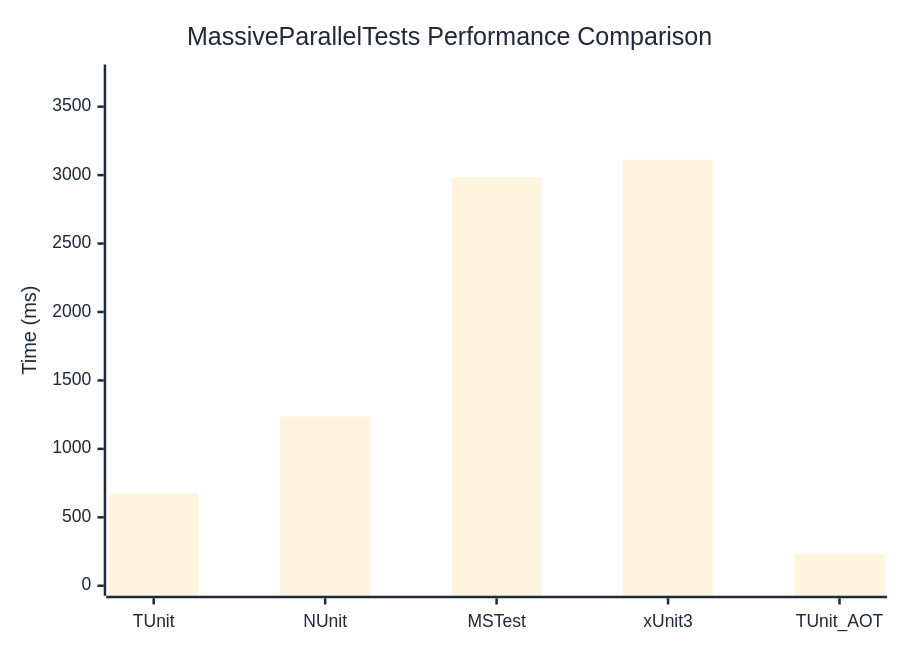
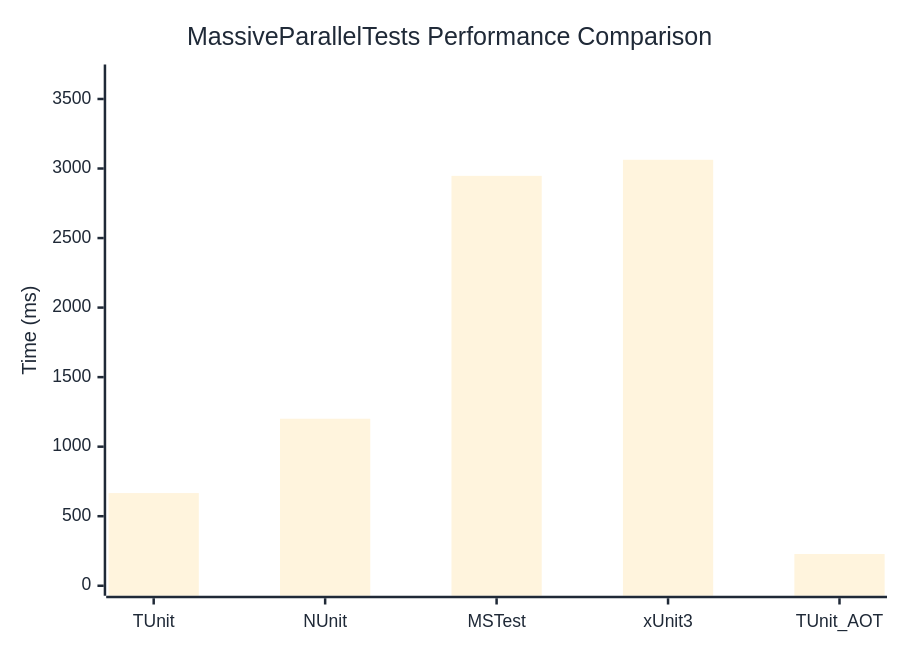
Before and after one commit to weiyilai/TUnit: the diagram in docs/docs/benchmarks/MassiveParallelTests.md, drawn with Mermaid. The commit also changed other lines of this file and 17 other files, not shown here.

````diff
--- a/docs/docs/benchmarks/MassiveParallelTests.md
+++ b/docs/docs/benchmarks/MassiveParallelTests.md
@@ -27,37 +27,37 @@
 ```mermaid
 %%{init: {
   'theme':'base',
   'themeVariables': {
     'primaryColor': '#2563eb',
     'primaryTextColor': '#1f2937',
     'primaryBorderColor': '#1e40af',
     'lineColor': '#6b7280',
     'secondaryColor': '#7c3aed',
     'tertiaryColor': '#dc2626',
     'background': '#ffffff',
     'mainBkg': '#2563eb',
     'secondBkg': '#7c3aed',
     'tertiaryBkg': '#dc2626',
     'clusterBkg': '#f3f4f6',
     'edgeLabelBackground': '#ffffff',
     'tertiaryTextColor': '#1f2937',
     'pie1': '#2563eb',
     'pie2': '#7c3aed',
     'pie3': '#dc2626',
     'pie4': '#f59e0b',
     'pie5': '#10b981',
     'pie6': '#06b6d4',
     'pie7': '#ec4899',
     'pie8': '#6366f1',
     'pie9': '#84cc16',
     'pie10': '#f97316',
     'pie11': '#14b8a6',
     'pie12': '#a855f7'
   }
 }}%%
 xychart-beta
   title "MassiveParallelTests Performance Comparison"
   x-axis ["TUnit", "NUnit", "MSTest", "xUnit3", "TUnit_AOT"]
-  y-axis "Time (ms)" 0 --> 3735
-  bar [677.9, 1236.6, 2985.6, 3111.8, 229.2]
+  y-axis "Time (ms)" 0 --> 3676
+  bar [666.3, 1201, 2947.2, 3062.7, 228.1]
 ```
````
